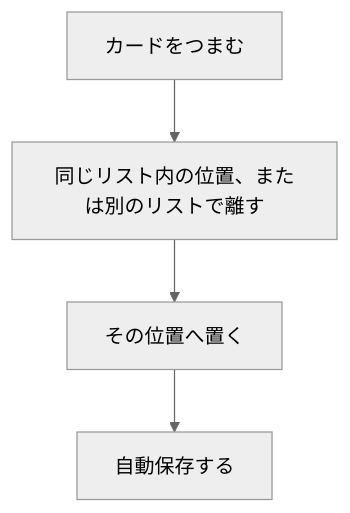
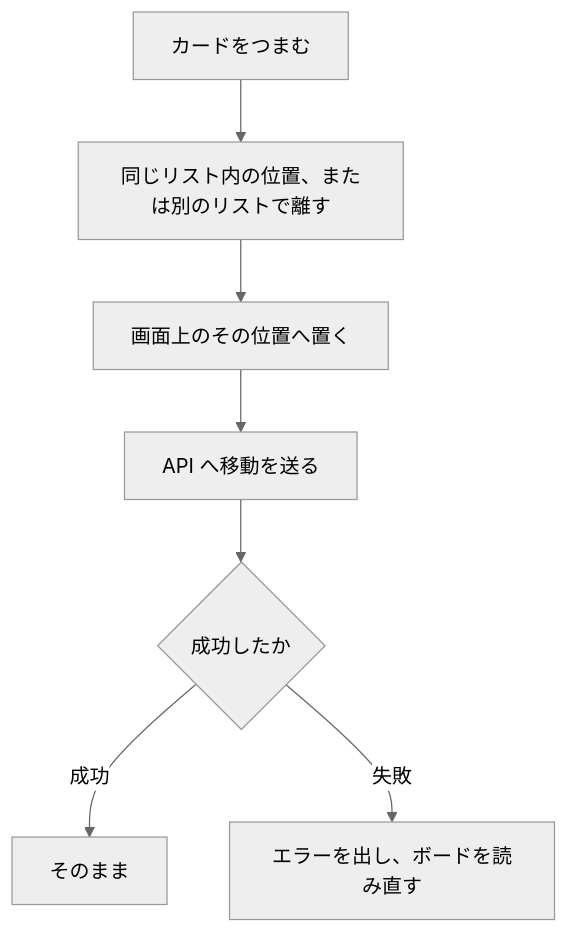
One commit to pfgnsb/kadai-kanri-board changed the fifth of 6 diagrams in ドキュメント/機能要件定義書.md. Above: the diagram before and after it, drawn with Mermaid (neutral theme). The commit also changed other lines of this file and 4 other files, not shown here.

````diff
--- a/ドキュメント/機能要件定義書.md
+++ b/ドキュメント/機能要件定義書.md
@@ -216,6 +218,9 @@
 ```mermaid
 flowchart TD
   a[カードをつまむ] --> b[同じリスト内の位置、または別のリストで離す]
-  b --> c[その位置へ置く]
-  c --> d[自動保存する]
+  b --> c[画面上のその位置へ置く]
+  c --> d[API へ移動を送る]
+  d --> e{成功したか}
+  e -->|成功| f[そのまま]
+  e -->|失敗| g[エラーを出し、ボードを読み直す]
 ```
````
